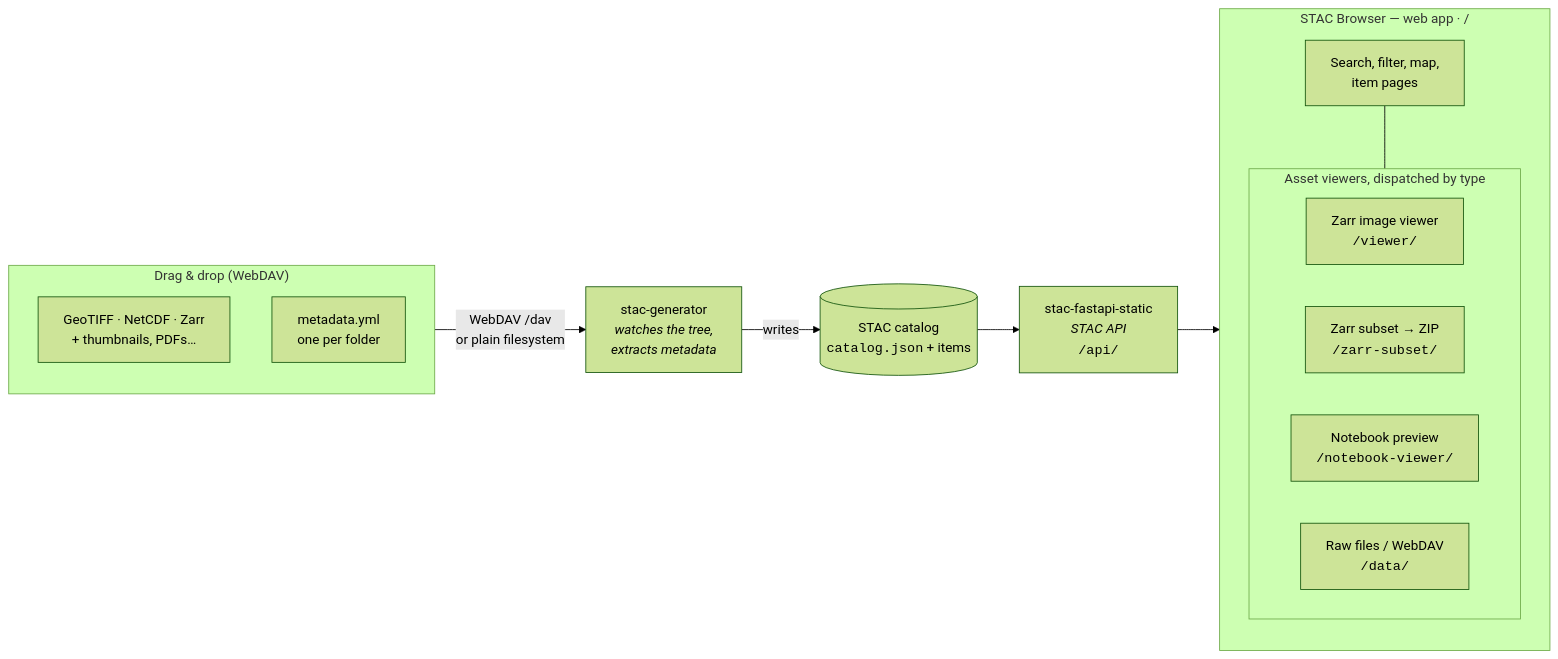
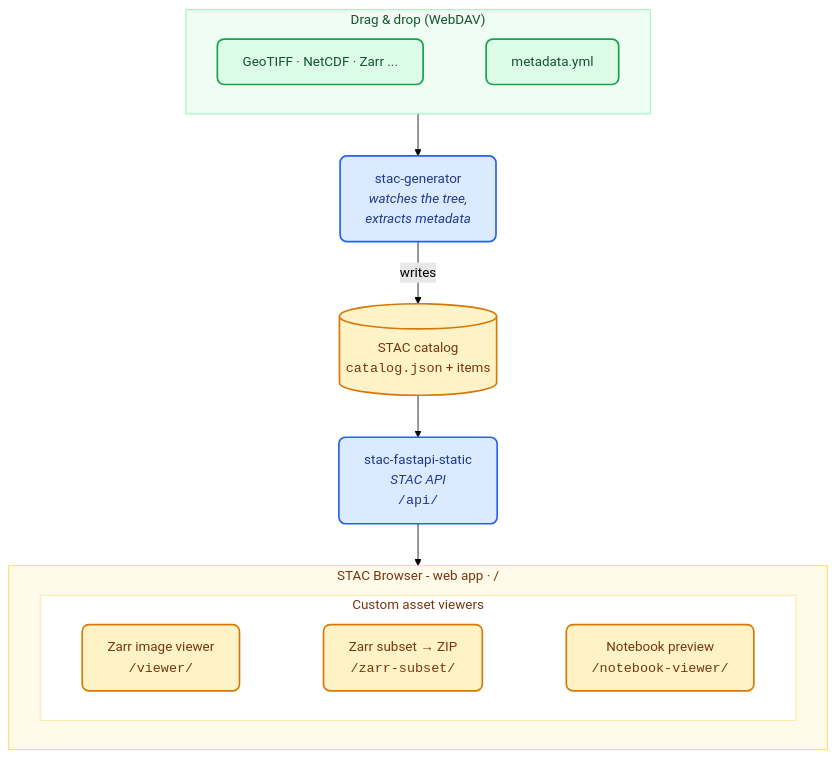
Before and after one commit to oie-mines-paristech/stac-stack: the diagram in README.md, drawn with Mermaid (forest theme). The commit also changed other lines of this file and 1 other file, not shown here.

````diff
--- a/README.md
+++ b/README.md
@@ -10,27 +12,39 @@
 ```mermaid
-flowchart LR
+flowchart TB
     subgraph IN["Drag & drop (WebDAV)"]
-        direction TB
-        A["GeoTIFF · NetCDF · Zarr<br/>+ thumbnails, PDFs…"]
-        M["metadata.yml<br/>one per folder"]
+        direction LR
+        A["GeoTIFF · NetCDF · Zarr ..."]
+        M["metadata.yml"]
+        %% mermaid ignores `direction` unless the subgraph has an internal edge
+        A ~~~ M
     end
 
-    IN -->|"WebDAV /dav<br/>or plain filesystem"| GEN["stac-generator<br/><i>watches the tree,<br/>extracts metadata</i>"]
+    IN --> GEN["stac-generator<br/><i>watches the tree,<br/>extracts metadata</i>"]
     GEN -->|writes| CAT[("STAC catalog<br/><code>catalog.json</code> + items")]
     CAT --> API["stac-fastapi-static<br/><i>STAC API</i><br/><code>/api/</code>"]
 
-    API --> BR
-
-    subgraph BR["STAC Browser — web app  ·  /"]
-        direction TB
-        SRCH["Search, filter, map,<br/>item pages"]
-        subgraph ASSETS["Asset viewers, dispatched by type"]
+    subgraph BR["STAC Browser - web app  ·  /"]
+        direction LR
+        subgraph ASSETS["Custom asset viewers"]
             direction LR
             ZV["Zarr image viewer<br/><code>/viewer/</code>"]
             ZS["Zarr subset → ZIP<br/><code>/zarr-subset/</code>"]
             NB["Notebook preview<br/><code>/notebook-viewer/</code>"]
-            RAW["Raw files / WebDAV<br/><code>/data/</code>"]
+            ZV ~~~ ZS ~~~ NB
         end
-        SRCH --- ASSETS
     end
+
+    API --> BR
+
+    classDef input fill:#dcfce7,stroke:#16a34a,stroke-width:2px,color:#14532d,rx:8,ry:8
+    classDef process fill:#dbeafe,stroke:#2563eb,stroke-width:2px,color:#1e3a8a,rx:8,ry:8
+    classDef resource fill:#fef3c7,stroke:#d97706,stroke-width:2px,color:#78350f,rx:8,ry:8
+
+    class A,M input
+    class GEN,API process
+    class CAT,ZV,ZS,NB resource
+
+    style IN fill:#f0fdf4,stroke:#86efac,color:#14532d
+    style BR fill:#fffbeb,stroke:#fcd34d,color:#78350f
+    style ASSETS fill:#ffffff,stroke:#fde68a,color:#78350f
 ```
````
